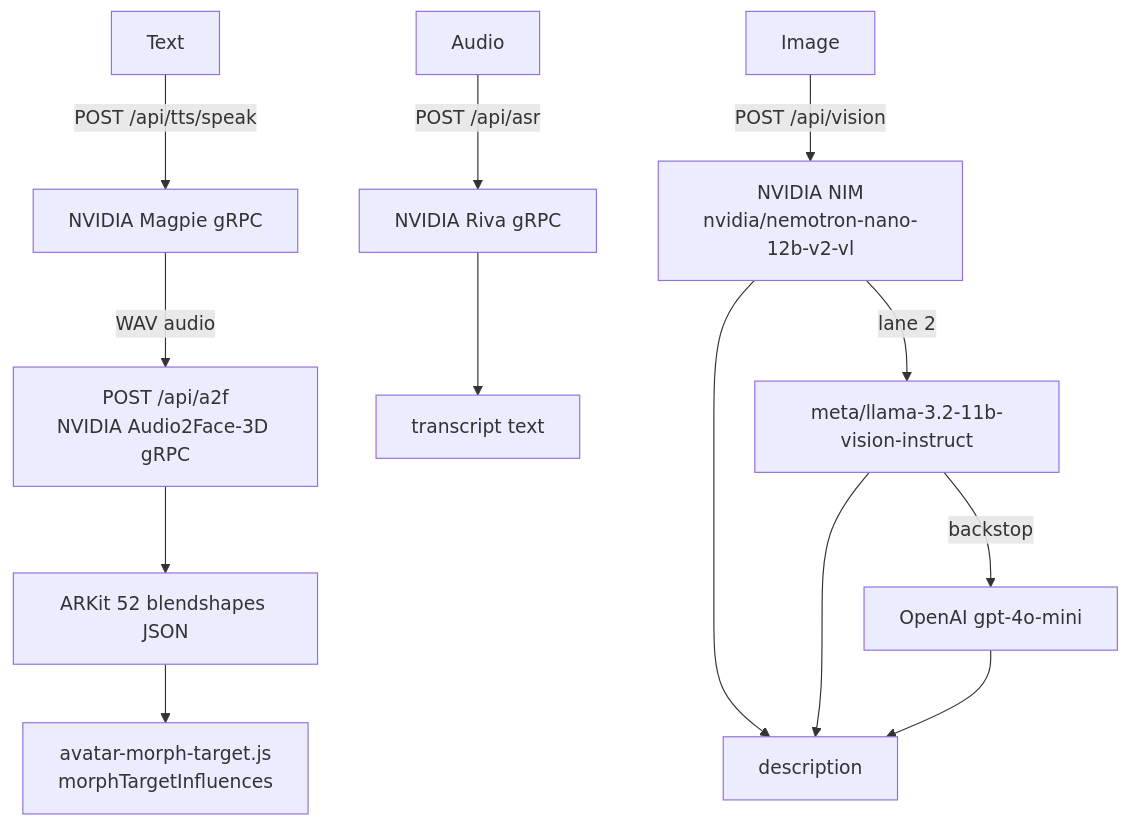
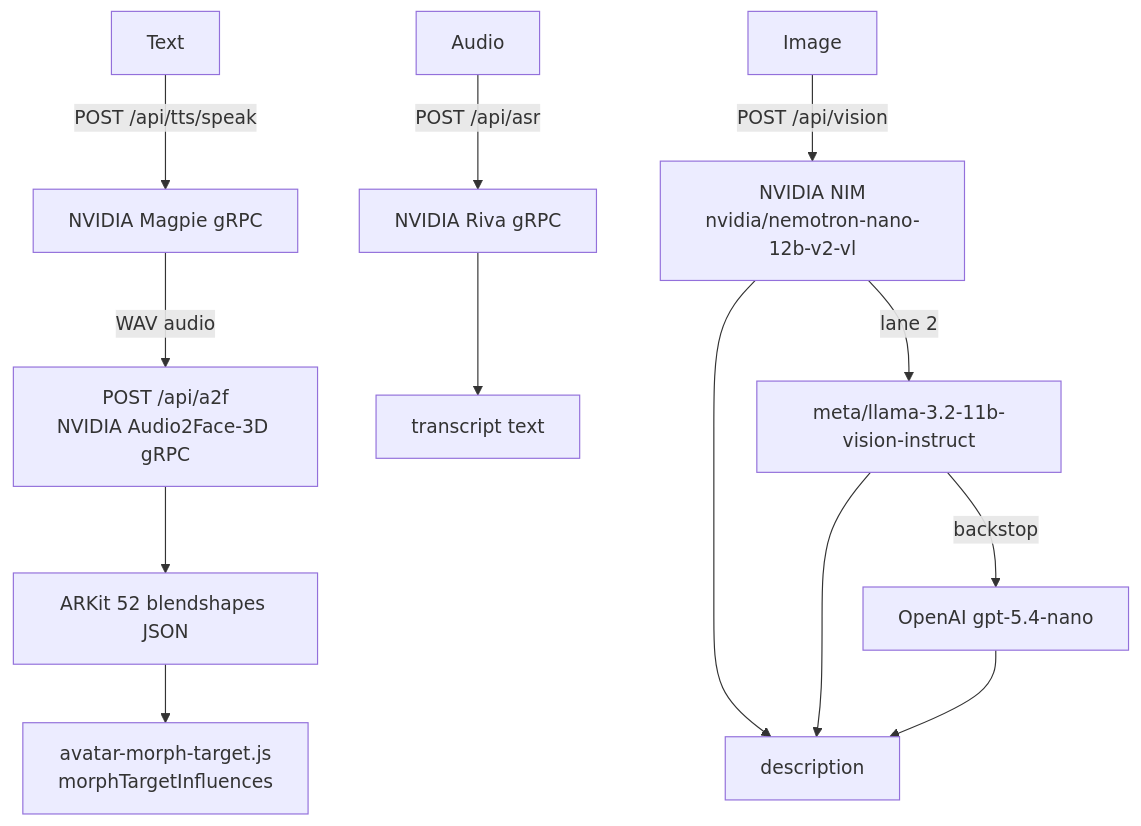
Before and after one commit to NorthernAI-coder/three.ws: the tenth of 22 diagrams in ARCHITECTURE.md, drawn with Mermaid. The commit also changed other lines of this file and 27 other files, not shown here.

````diff
--- a/ARCHITECTURE.md
+++ b/ARCHITECTURE.md
@@ -1494,17 +1494,17 @@
 ```mermaid
 flowchart TD
     TXT["Text"] -->|"POST /api/tts/speak"| MAG["NVIDIA Magpie gRPC"]
     MAG -->|"WAV audio"| A2F["POST /api/a2f\nNVIDIA Audio2Face-3D gRPC"]
     A2F --> BS["ARKit 52 blendshapes JSON"]
     BS --> MT["avatar-morph-target.js\nmorphTargetInfluences"]
 
     AUD["Audio"] -->|"POST /api/asr"| RIV["NVIDIA Riva gRPC"]
     RIV --> TXT2["transcript text"]
 
     IMG["Image"] -->|"POST /api/vision"| VLM["NVIDIA NIM\nnvidia/nemotron-nano-12b-v2-vl"]
     VLM -->|"lane 2"| VLM2["meta/llama-3.2-11b-vision-instruct"]
     VLM --> DESC["description"]
     VLM2 --> DESC
-    VLM2 -->|"backstop"| MINI["OpenAI gpt-4o-mini"]
+    VLM2 -->|"backstop"| MINI["OpenAI gpt-5.4-nano"]
     MINI --> DESC
 ```
````
